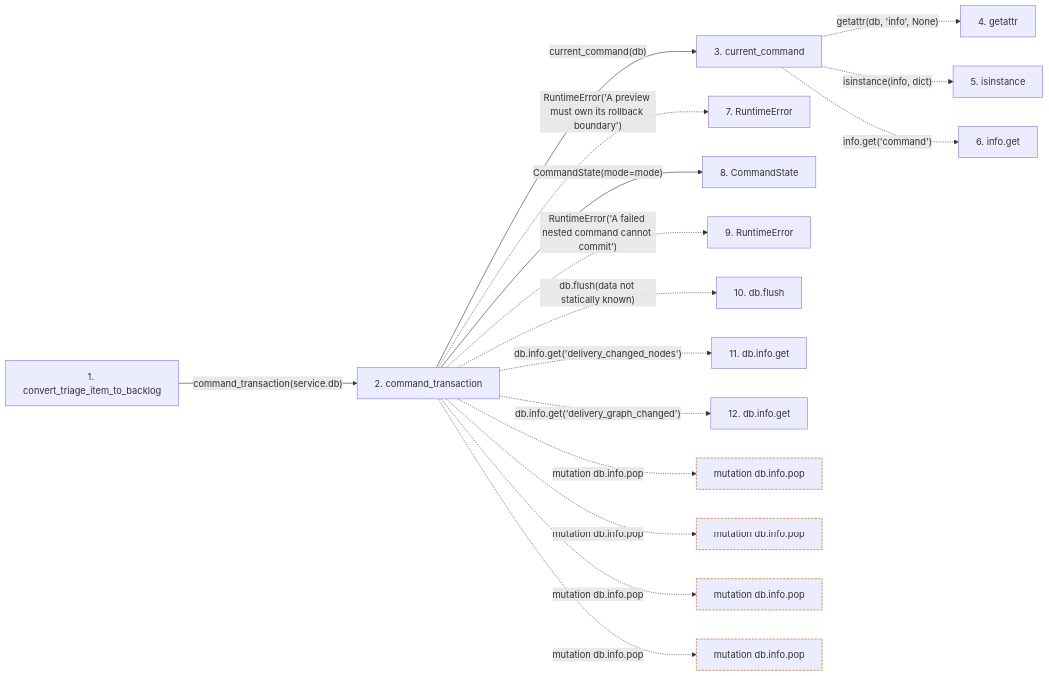
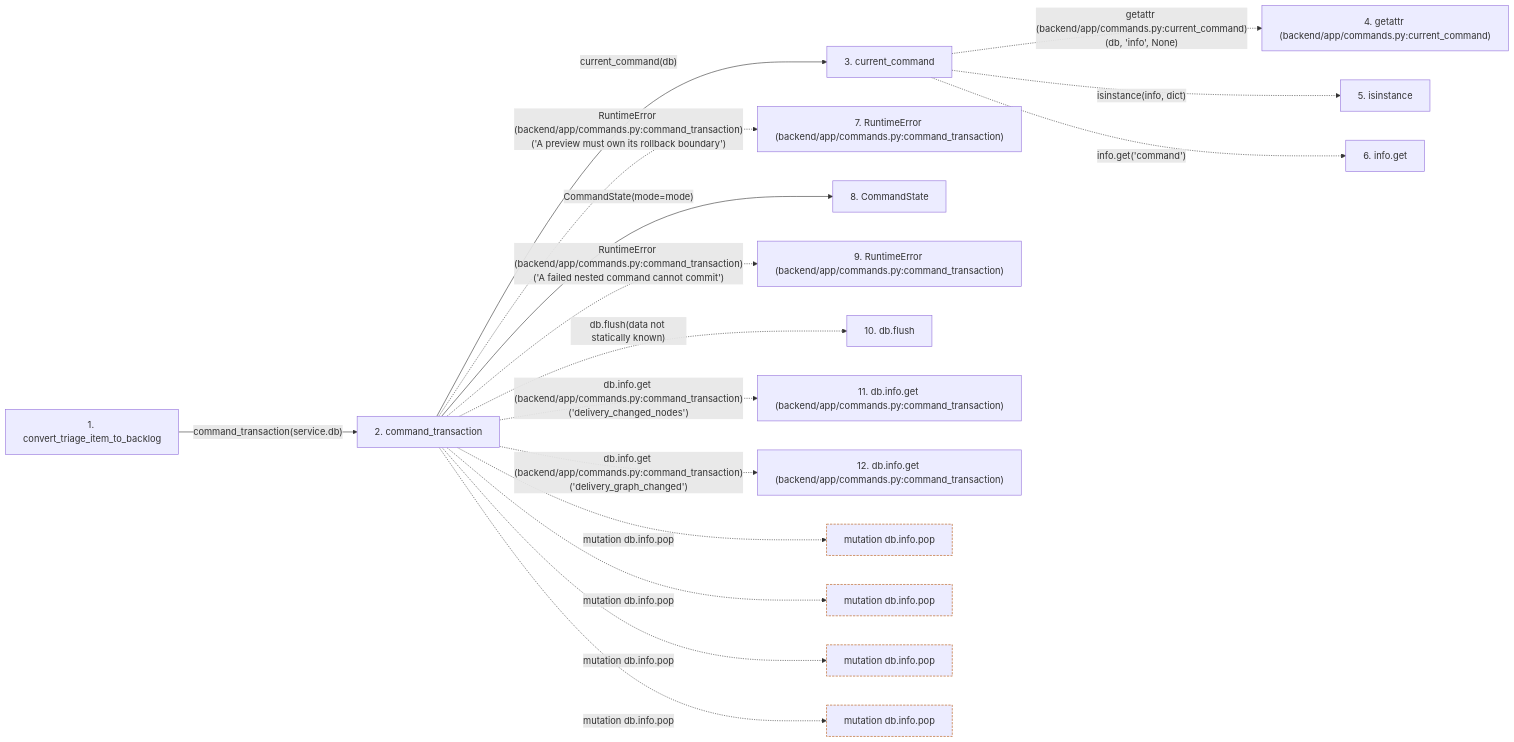
Before and after one commit to Denissvgn/WorkChord: the second of 2 diagrams in docs/llm_wiki/flows/http-convert_triage_item_to_backlog.md, drawn with Mermaid. The commit also changed other lines of this file and 25171 other files, not shown here.

````diff
--- a/docs/llm_wiki/flows/http-convert_triage_item_to_backlog.md
+++ b/docs/llm_wiki/flows/http-convert_triage_item_to_backlog.md
@@ -80,43 +144,43 @@
 ```mermaid
 flowchart LR
     s1["1. convert_triage_item_to_backlog"]
     s2["2. command_transaction"]
     s3["3. current_command"]
-    s4["4. getattr"]
+    s4["4. getattr (backend/app/commands.py:current_command)"]
     s5["5. isinstance"]
     s6["6. info.get"]
-    s7["7. RuntimeError"]
+    s7["7. RuntimeError (backend/app/commands.py:command_transaction)"]
     s8["8. CommandState"]
-    s9["9. RuntimeError"]
+    s9["9. RuntimeError (backend/app/commands.py:command_transaction)"]
     s10["10. db.flush"]
-    s11["11. db.info.get"]
-    s12["12. db.info.get"]
+    s11["11. db.info.get (backend/app/commands.py:command_transaction)"]
+    s12["12. db.info.get (backend/app/commands.py:command_transaction)"]
     s1 -->|"command_transaction(service.db)"| s2
     s2 -->|"current_command(db)"| s3
-    s3 -. "getattr(db, 'info', None)" .-> s4
+    s3 -. "getattr (backend/app/commands.py:current_command)(db, 'info', None)" .-> s4
     s3 -. "isinstance(info, dict)" .-> s5
     s3 -. "info.get('command')" .-> s6
-    s2 -. "RuntimeError('A preview must own its rollback boundary')" .-> s7
+    s2 -. "RuntimeError (backend/app/commands.py:command_transaction)('A preview must own its rollback boundary')" .-> s7
     s2 -->|"CommandState(mode=mode)"| s8
-    s2 -. "RuntimeError('A failed nested command cannot commit')" .-> s9
+    s2 -. "RuntimeError (backend/app/commands.py:command_transaction)('A failed nested command cannot commit')" .-> s9
     s2 -. "db.flush(data not statically known)" .-> s10
-    s2 -. "db.info.get('delivery_changed_nodes')" .-> s11
-    s2 -. "db.info.get('delivery_graph_changed')" .-> s12
+    s2 -. "db.info.get (backend/app/commands.py:command_transaction)('delivery_changed_nodes')" .-> s11
+    s2 -. "db.info.get (backend/app/commands.py:command_transaction)('delivery_graph_changed')" .-> s12
     b0["mutation db.info.pop"]
     s2 -. "mutation db.info.pop" .-> b0
     b1["mutation db.info.pop"]
     s2 -. "mutation db.info.pop" .-> b1
     b2["mutation db.info.pop"]
     s2 -. "mutation db.info.pop" .-> b2
     b3["mutation db.info.pop"]
     s2 -. "mutation db.info.pop" .-> b3
     click s1 "../modules/routers_triage.md"
     click s2 "../modules/commands.md"
     click s3 "../modules/commands.md"
     click s8 "../modules/commands.md"
     classDef boundary stroke:#b45309,stroke-dasharray: 4 2
     class b0 boundary
     class b1 boundary
     class b2 boundary
     class b3 boundary
 ```
````
